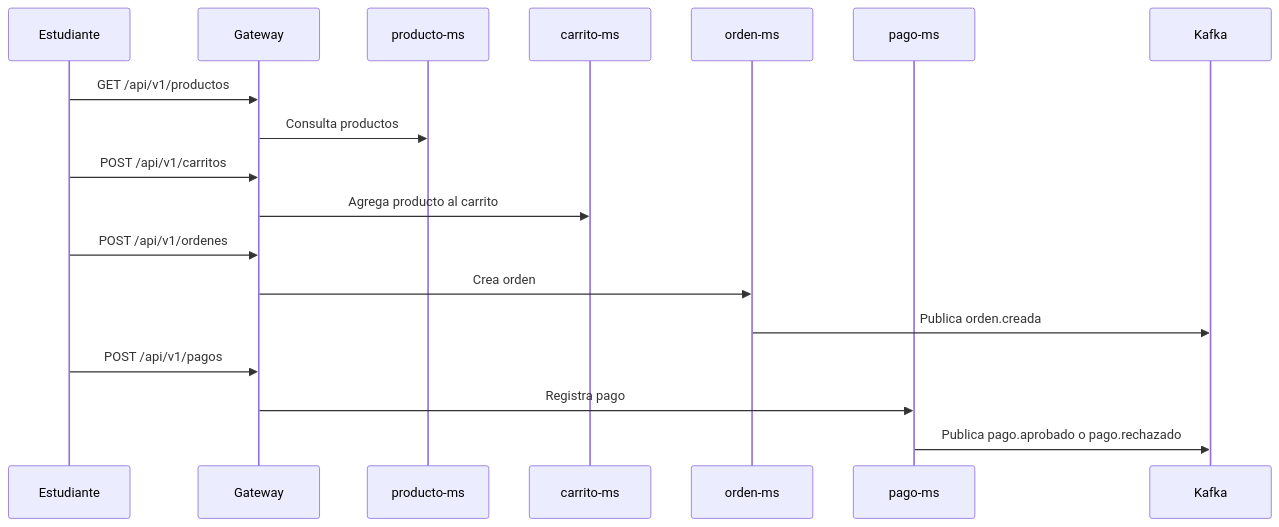
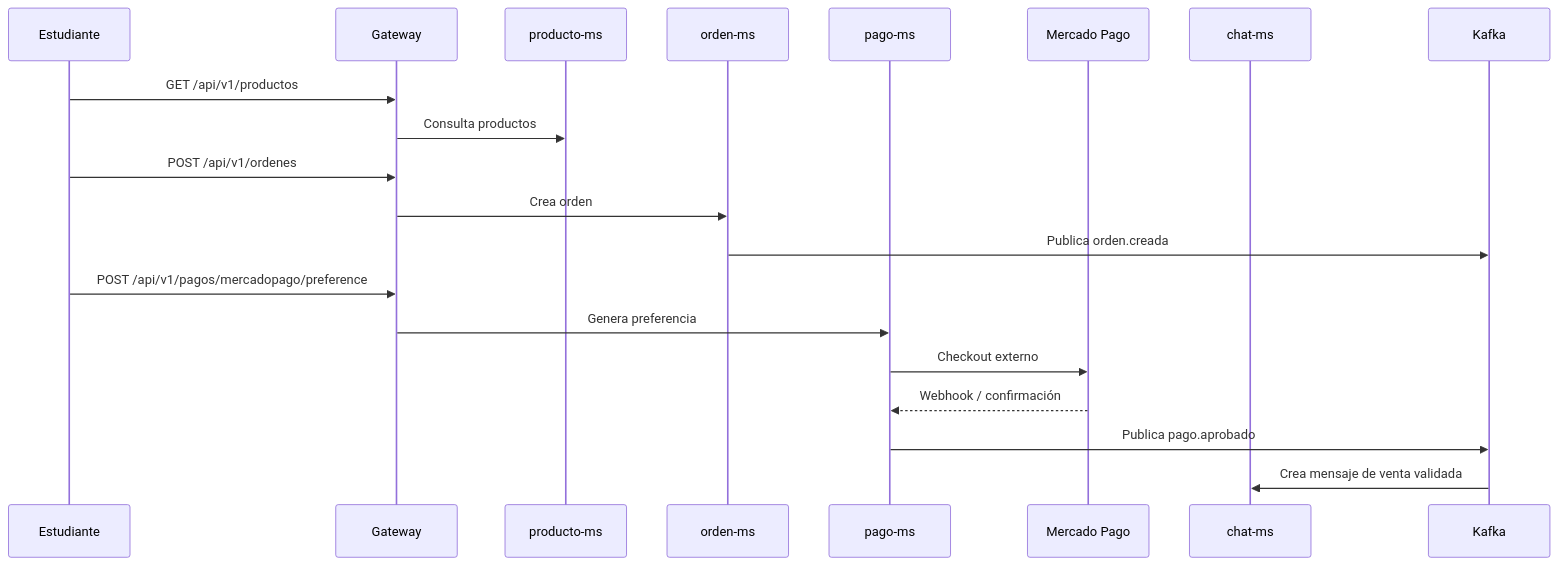
One commit to erickmijael17/SmartCampus-Marketplace changed the third of 3 diagrams in docs/arquitectura.md. Above: the diagram before and after it, drawn with Mermaid. The commit also changed other lines of this file and 23 other files, not shown here.

Commit message:
docs: update frontend and payment flows

````diff
--- a/docs/arquitectura.md
+++ b/docs/arquitectura.md
@@ -102,21 +97,23 @@
 ```mermaid
 sequenceDiagram
     participant E as Estudiante
     participant GW as Gateway
     participant PROD as producto-ms
-    participant CART as carrito-ms
     participant ORD as orden-ms
     participant PAY as pago-ms
+    participant MP as Mercado Pago
+    participant CHAT as chat-ms
     participant K as Kafka
 
     E->>GW: GET /api/v1/productos
     GW->>PROD: Consulta productos
-    E->>GW: POST /api/v1/carritos
-    GW->>CART: Agrega producto al carrito
     E->>GW: POST /api/v1/ordenes
     GW->>ORD: Crea orden
     ORD->>K: Publica orden.creada
-    E->>GW: POST /api/v1/pagos
-    GW->>PAY: Registra pago
-    PAY->>K: Publica pago.aprobado o pago.rechazado
+    E->>GW: POST /api/v1/pagos/mercadopago/preference
+    GW->>PAY: Genera preferencia
+    PAY->>MP: Checkout externo
+    MP-->>PAY: Webhook / confirmación
+    PAY->>K: Publica pago.aprobado
+    K->>CHAT: Crea mensaje de venta validada
 ```
````
